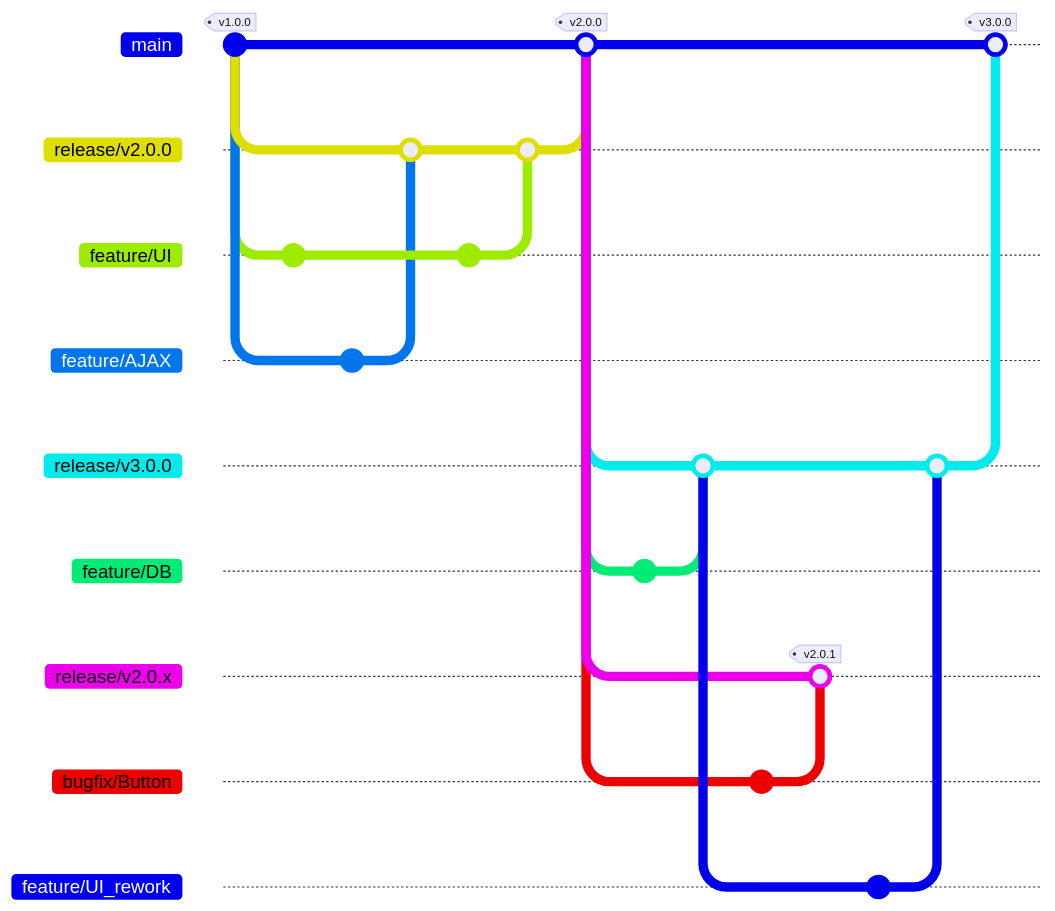
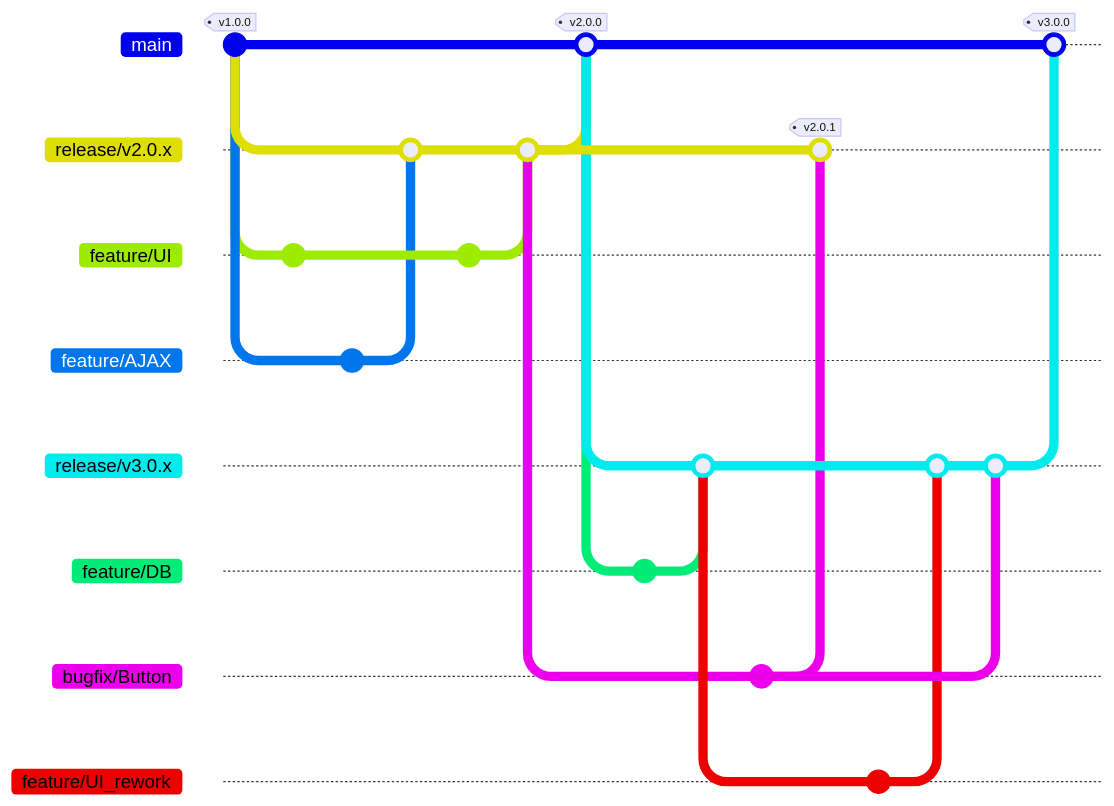
Before and after one commit to LuDubies/branchdoc_io_test: the diagram in overview.md, drawn with Mermaid. The commit also changed 2 other files, not shown here. Commit ids are hidden.

Commit message:
update to clarified structure

````diff
--- a/overview.md
+++ b/overview.md
@@ -19,36 +19,38 @@
 ```mermaid
+%%{init: { 'gitGraph': {'showCommitLabel': false}} }%%
 gitGraph
     commit tag: "v1.0.0"
-    branch release/v2.0.0
+    branch release/v2.0.x
     branch feature/UI
     commit
-    checkout release/v2.0.0
+    checkout release/v2.0.x
     branch feature/AJAX
     commit
-    checkout release/v2.0.0
+    checkout release/v2.0.x
     merge feature/AJAX
     checkout feature/UI
     commit
-    checkout release/v2.0.0
+    checkout release/v2.0.x
     merge feature/UI
     checkout main
-    merge release/v2.0.0 tag: "v2.0.0"
-    branch release/v3.0.0
+    merge release/v2.0.x tag: "v2.0.0"
+    branch release/v3.0.x
     branch feature/DB
     commit
-    checkout release/v3.0.0
+    checkout release/v3.0.x
     merge feature/DB
     checkout main
-    branch release/v2.0.x
+    checkout release/v2.0.x
     branch bugfix/Button
     commit
     checkout release/v2.0.x
     merge bugfix/Button tag: "v2.0.1"
-    checkout release/v3.0.0
+    checkout release/v3.0.x
     branch feature/UI_rework
     commit
-    checkout release/v3.0.0
+    checkout release/v3.0.x
     merge feature/UI_rework
+    merge bugfix/Button
     checkout main
-    merge release/v3.0.0 tag: "v3.0.0"
+    merge release/v3.0.x tag: "v3.0.0"
 ```
````
